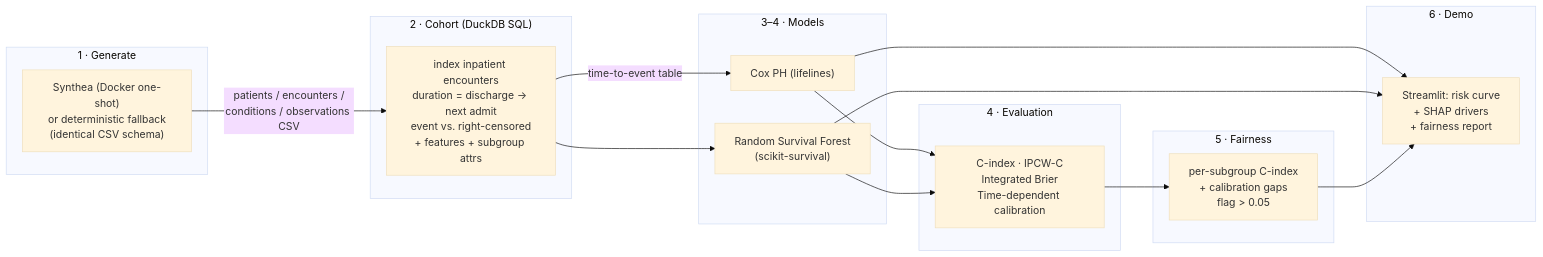
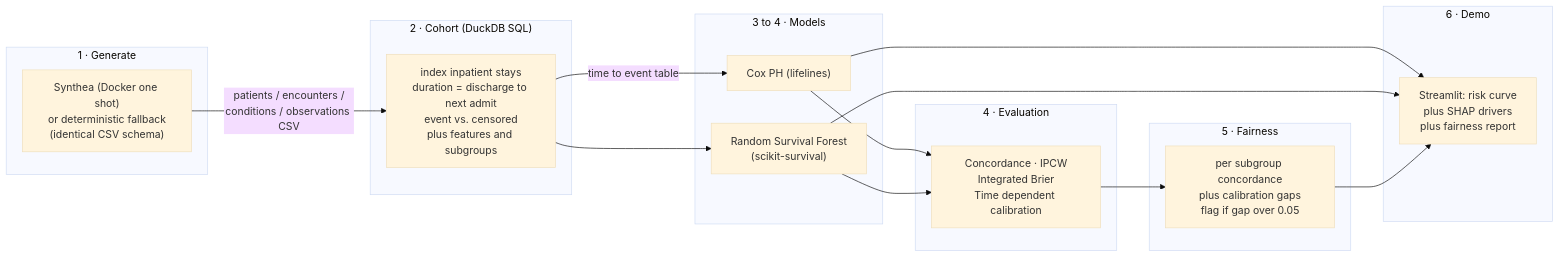
Before and after one commit to lithin45/readmitrisk: the diagram in README.md, drawn with Mermaid (base theme). The commit also changed other lines of this file and 7 other files, not shown here.

````diff
--- a/README.md
+++ b/README.md
@@ -49,32 +51,32 @@
 ```mermaid
 flowchart LR
     subgraph G["1 · Generate"]
-        S["Synthea (Docker one-shot)<br/>or deterministic fallback<br/>(identical CSV schema)"]
+        S["Synthea (Docker one shot)<br/>or deterministic fallback<br/>(identical CSV schema)"]
     end
     subgraph C["2 · Cohort (DuckDB SQL)"]
-        D["index inpatient encounters<br/>duration = discharge → next admit<br/>event vs. right-censored<br/>+ features + subgroup attrs"]
+        D["index inpatient stays<br/>duration = discharge to next admit<br/>event vs. censored<br/>plus features and subgroups"]
     end
-    subgraph M["3–4 · Models"]
+    subgraph M["3 to 4 · Models"]
         COX["Cox PH (lifelines)"]
         RSF["Random Survival Forest<br/>(scikit-survival)"]
     end
     subgraph E["4 · Evaluation"]
-        EV["C-index · IPCW-C<br/>Integrated Brier<br/>Time-dependent calibration"]
+        EV["Concordance · IPCW<br/>Integrated Brier<br/>Time dependent calibration"]
     end
     subgraph F["5 · Fairness"]
-        FA["per-subgroup C-index<br/>+ calibration gaps<br/>flag &gt; 0.05"]
+        FA["per subgroup concordance<br/>plus calibration gaps<br/>flag if gap over 0.05"]
     end
     subgraph U["6 · Demo"]
-        UI["Streamlit: risk curve<br/>+ SHAP drivers<br/>+ fairness report"]
+        UI["Streamlit: risk curve<br/>plus SHAP drivers<br/>plus fairness report"]
     end
 
     S -->|"patients / encounters /<br/>conditions / observations CSV"| D
-    D -->|"time-to-event table"| COX
+    D -->|"time to event table"| COX
     D --> RSF
     COX --> EV
     RSF --> EV
     EV --> FA
     COX --> UI
     RSF --> UI
     FA --> UI
 ```
````
